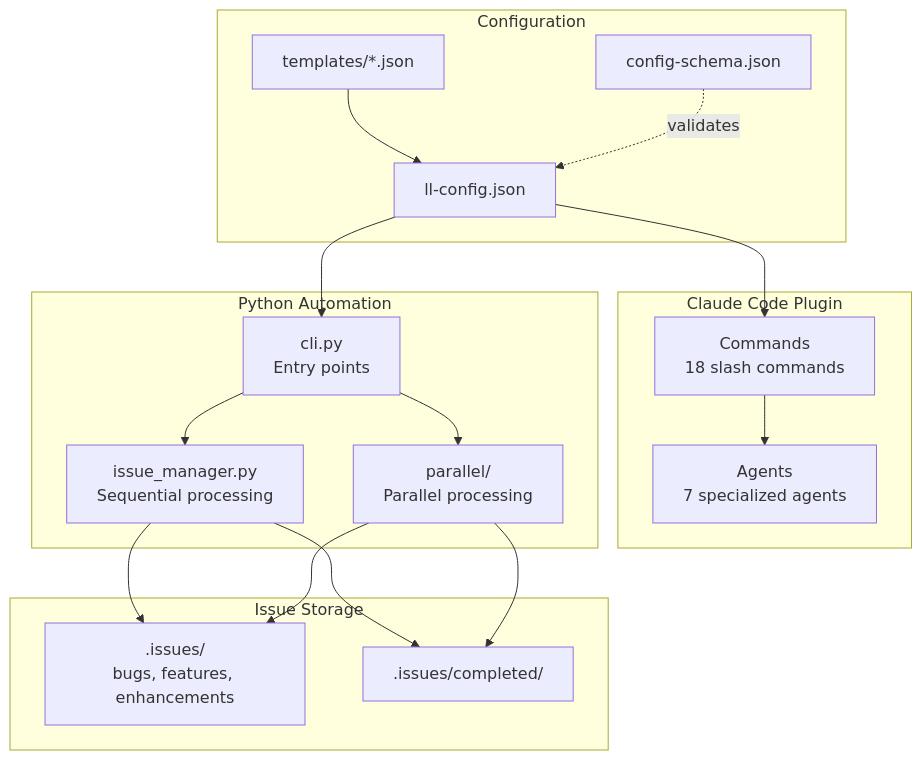
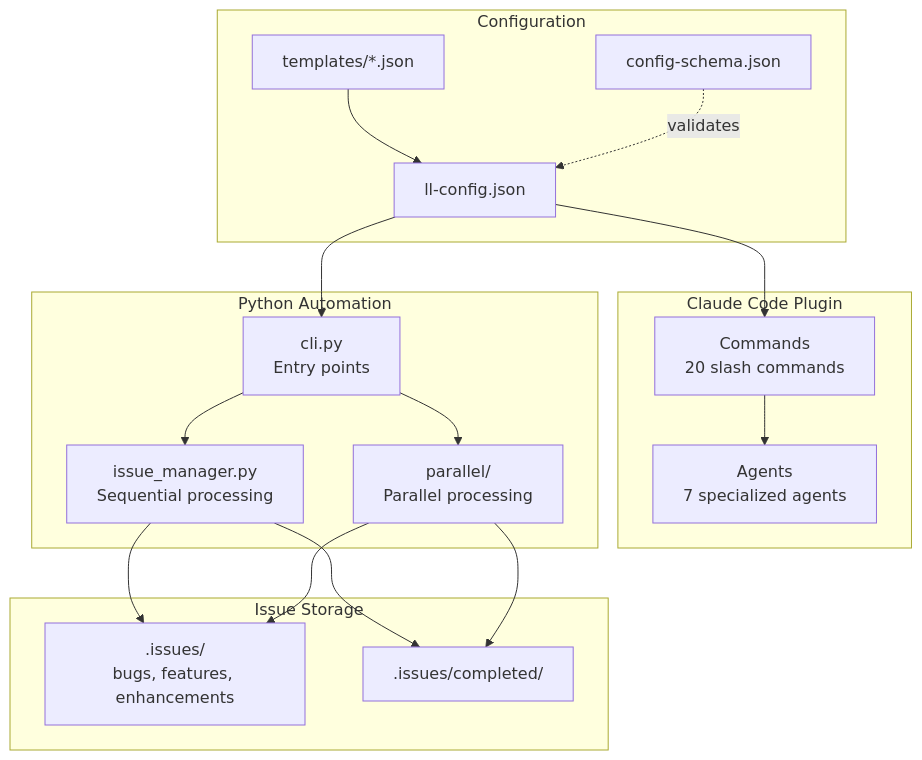
The first of 11 diagrams in docs/ARCHITECTURE.md (BrennonTWilliams/little-loops), drawn with Mermaid before and after one commit. The commit also changed other lines of this file and 6 other files, not shown here.

````diff
--- a/docs/ARCHITECTURE.md
+++ b/docs/ARCHITECTURE.md
@@ -21,36 +21,36 @@
 ```mermaid
 flowchart TB
     subgraph "Claude Code Plugin"
-        CMD[Commands<br/>18 slash commands]
+        CMD[Commands<br/>20 slash commands]
         AGT[Agents<br/>7 specialized agents]
     end
 
     subgraph "Configuration"
         CFG[ll-config.json]
         SCHEMA[config-schema.json]
         TPL[templates/*.json]
     end
 
     subgraph "Python Automation"
         CLI[cli.py<br/>Entry points]
         AUTO[issue_manager.py<br/>Sequential processing]
         PARALLEL[parallel/<br/>Parallel processing]
     end
 
     subgraph "Issue Storage"
         ISSUES[.issues/<br/>bugs, features, enhancements]
         COMPLETED[.issues/completed/]
     end
 
     CFG --> CMD
     TPL --> CFG
     SCHEMA -.->|validates| CFG
     CFG --> CLI
     CMD --> AGT
     CLI --> AUTO
     CLI --> PARALLEL
     AUTO --> ISSUES
     PARALLEL --> ISSUES
     AUTO --> COMPLETED
     PARALLEL --> COMPLETED
 ```
````
